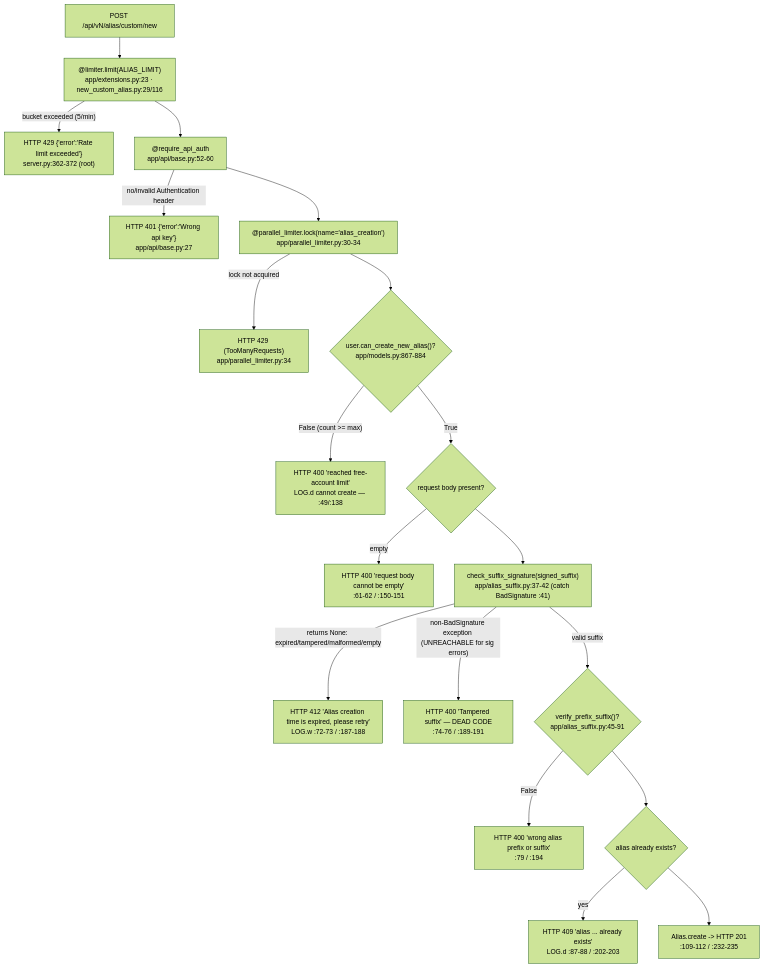
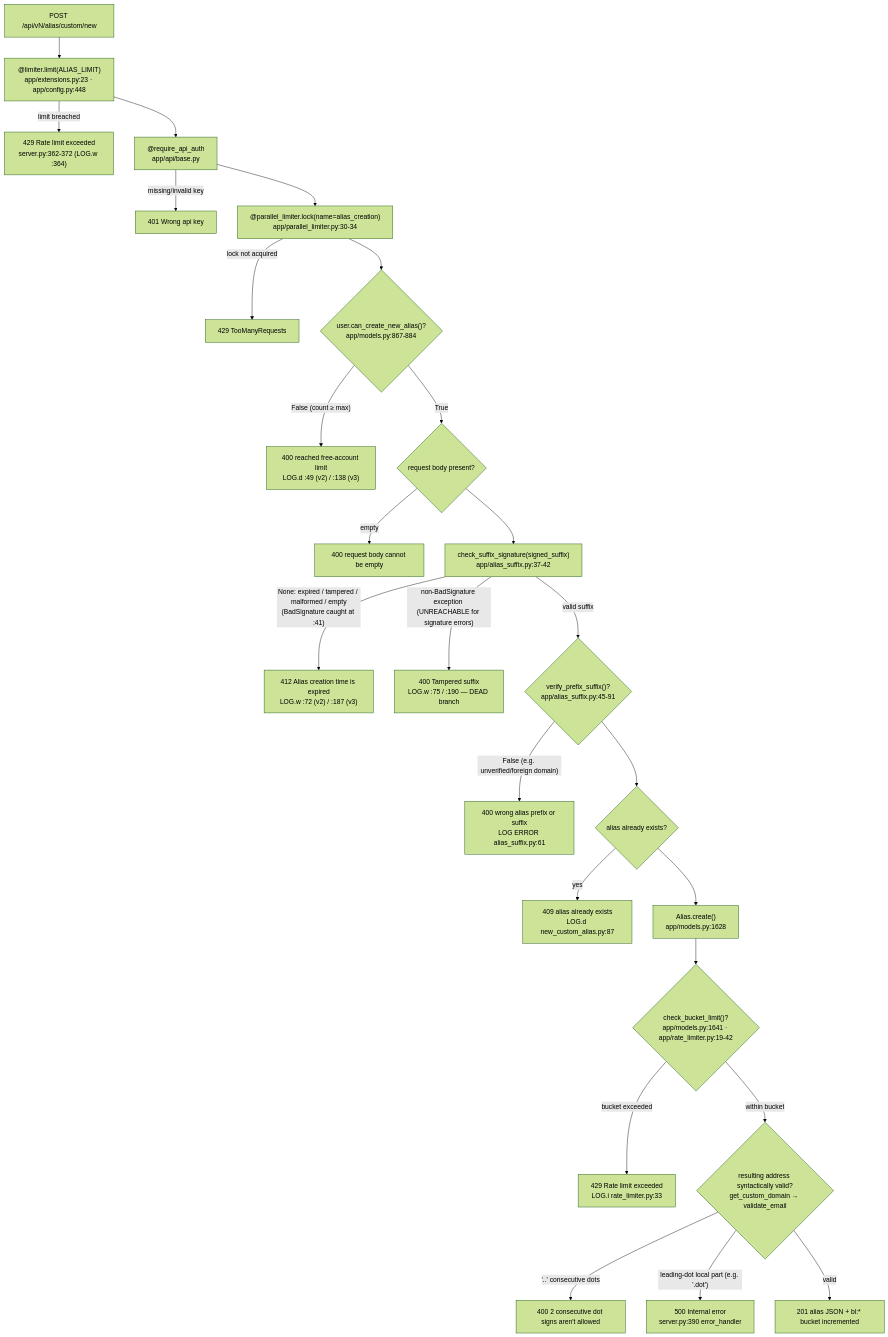
Before and after one commit to blitzy-research/app: the diagram in blitzy/documentation/app_2cd6ee777f8c.md, drawn with Mermaid (forest theme). The commit also changed other lines of this file, not shown here.

````diff
--- a/blitzy/documentation/app_2cd6ee777f8c.md
+++ b/blitzy/documentation/app_2cd6ee777f8c.md
@@ -444,21 +1045,27 @@
 ```mermaid
 flowchart TD
-    A["POST /api/vN/alias/custom/new"] --> B["@limiter.limit(ALIAS_LIMIT)\napp/extensions.py:23 · new_custom_alias.py:29/116"]
-    B -->|"bucket exceeded (5/min)"| B1["HTTP 429 {'error':'Rate limit exceeded'}\nserver.py:362-372 (root)"]
-    B --> C["@require_api_auth\napp/api/base.py:52-60"]
-    C -->|"no/invalid Authentication header"| C1["HTTP 401 {'error':'Wrong api key'}\napp/api/base.py:27"]
-    C --> D["@parallel_limiter.lock(name='alias_creation')\napp/parallel_limiter.py:30-34"]
-    D -->|"lock not acquired"| D1["HTTP 429 (TooManyRequests)\napp/parallel_limiter.py:34"]
-    D --> E{"user.can_create_new_alias()?\napp/models.py:867-884"}
-    E -->|"False (count >= max)"| E1["HTTP 400 'reached free-account limit'\nLOG.d cannot create — :49/:138"]
+    A["POST /api/vN/alias/custom/new"] --> B["@limiter.limit(ALIAS_LIMIT)<br/>app/extensions.py:23 · app/config.py:448"]
+    B -->|"limit breached"| B1["429 Rate limit exceeded<br/>server.py:362-372 (LOG.w :364)"]
+    B --> C["@require_api_auth<br/>app/api/base.py"]
+    C -->|"missing/invalid key"| C1["401 Wrong api key"]
+    C --> D["@parallel_limiter.lock(name=alias_creation)<br/>app/parallel_limiter.py:30-34"]
+    D -->|"lock not acquired"| D1["429 TooManyRequests"]
+    D --> E{"user.can_create_new_alias()?<br/>app/models.py:867-884"}
+    E -->|"False (count ≥ max)"| E1["400 reached free-account limit<br/>LOG.d :49 (v2) / :138 (v3)"]
     E -->|"True"| F{"request body present?"}
-    F -->|"empty"| F1["HTTP 400 'request body cannot be empty'\n:61-62 / :150-151"]
-    F --> G["check_suffix_signature(signed_suffix)\napp/alias_suffix.py:37-42 (catch BadSignature :41)"]
-    G -->|"returns None: expired/tampered/malformed/empty"| G1["HTTP 412 'Alias creation time is expired, please retry'\nLOG.w :72-73 / :187-188"]
-    G -->|"non-BadSignature exception (UNREACHABLE for sig errors)"| G2["HTTP 400 'Tampered suffix' — DEAD CODE\n:74-76 / :189-191"]
-    G -->|"valid suffix"| H{"verify_prefix_suffix()?\napp/alias_suffix.py:45-91"}
-    H -->|"False"| H1["HTTP 400 'wrong alias prefix or suffix'\n:79 / :194"]
+    F -->|"empty"| F1["400 request body cannot be empty"]
+    F --> G["check_suffix_signature(signed_suffix)<br/>app/alias_suffix.py:37-42"]
+    G -->|"None: expired / tampered / malformed / empty<br/>(BadSignature caught at :41)"| G1["412 Alias creation time is expired<br/>LOG.w :72 (v2) / :187 (v3)"]
+    G -->|"non-BadSignature exception (UNREACHABLE for signature errors)"| G2["400 Tampered suffix<br/>LOG.w :75 / :190 — DEAD branch"]
+    G -->|"valid suffix"| H{"verify_prefix_suffix()?<br/>app/alias_suffix.py:45-91"}
+    H -->|"False (e.g. unverified/foreign domain)"| H1["400 wrong alias prefix or suffix<br/>LOG ERROR alias_suffix.py:61"]
     H --> I{"alias already exists?"}
-    I -->|"yes"| I1["HTTP 409 'alias ... already exists'\nLOG.d :87-88 / :202-203"]
-    I --> J["Alias.create -> HTTP 201\n:109-112 / :232-235"]
+    I -->|"yes"| I1["409 alias already exists<br/>LOG.d new_custom_alias.py:87"]
+    I --> J["Alias.create()<br/>app/models.py:1628"]
+    J --> K{"check_bucket_limit()?<br/>app/models.py:1641 · app/rate_limiter.py:19-42"}
+    K -->|"bucket exceeded"| K1["429 Rate limit exceeded<br/>LOG.i rate_limiter.py:33"]
+    K -->|"within bucket"| L{"resulting address syntactically valid?<br/>get_custom_domain → validate_email"}
+    L -->|"'..' consecutive dots"| L1["400 2 consecutive dot signs aren't allowed"]
+    L -->|"leading-dot local part (e.g. '.dot')"| L2["500 Internal error<br/>server.py:390 error_handler"]
+    L -->|"valid"| M["201 alias JSON + bl:* bucket incremented"]
 ```
````
